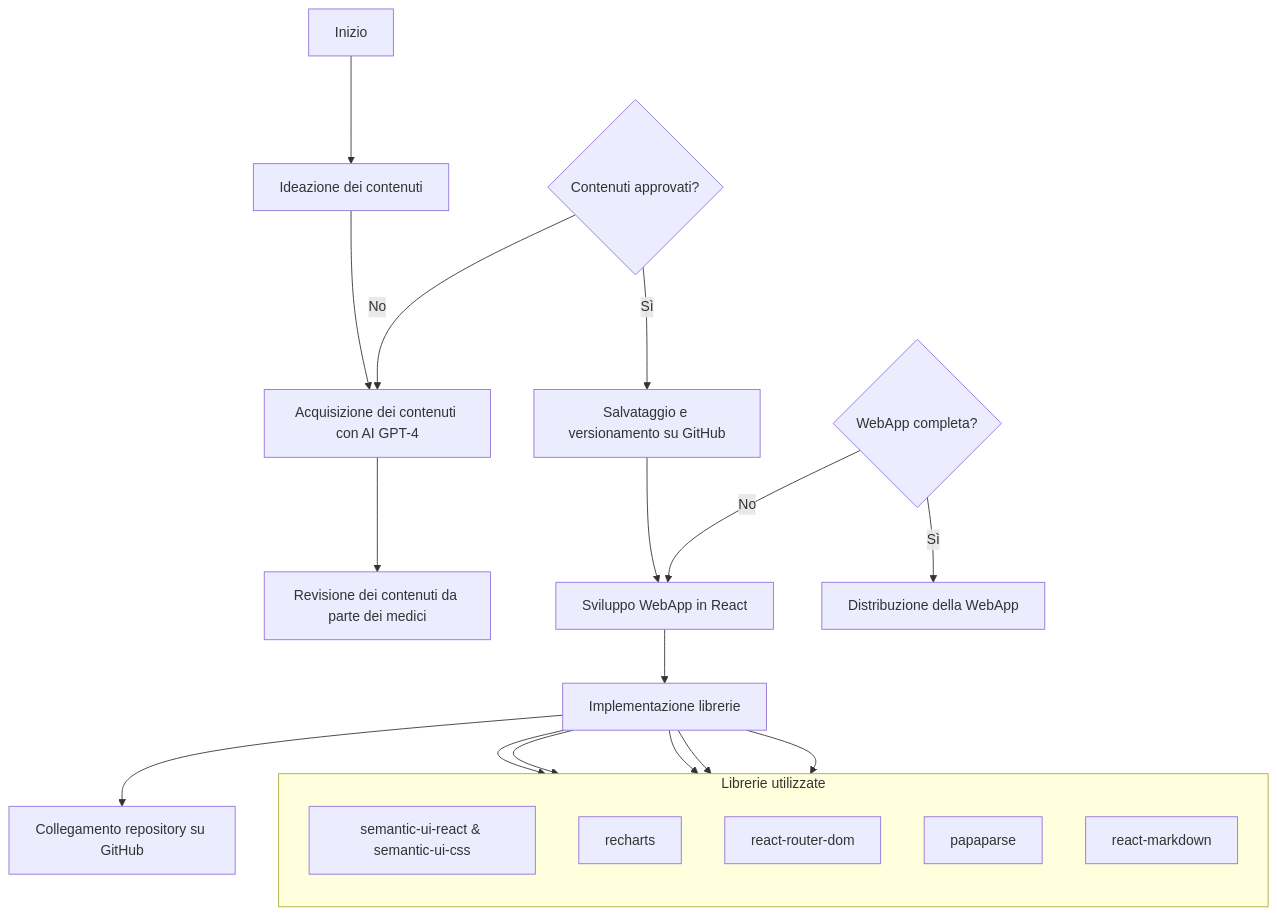
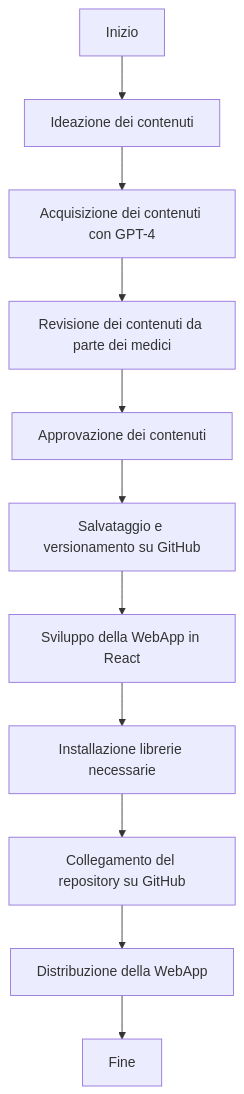
Before and after one commit to mauritiuss/health-dashboard: the first of 3 diagrams in relazione esame/RelazioneProgettoEsame.md, drawn with Mermaid.

Commit message:
aggiornamento struttura relazione esame

````diff
--- a/relazione esame/RelazioneProgettoEsame.md
+++ b/relazione esame/RelazioneProgettoEsame.md
@@ -130,33 +130,13 @@
 ```mermaid
 graph TD
     A[Inizio] --> B[Ideazione dei contenuti]
-    B --> C[Acquisizione dei contenuti con AI GPT-4]
+    B --> C[Acquisizione dei contenuti con GPT-4]
     C --> D[Revisione dei contenuti da parte dei medici]
-    
-    E{Contenuti approvati?}
-    E -->|Sì| F[Salvataggio e versionamento su GitHub]
-    E -->|No| C
-
-    F --> G[Sviluppo WebApp in React]
-    G --> H[Implementazione librerie]
-    H --> I[Collegamento repository su GitHub]
-
-    J{WebApp completa?}
-    J -->|Sì| K[Distribuzione della WebApp]
-    J -->|No| G
-
-    %% Sottofasi di "Implementazione librerie"
-    subgraph Librerie utilizzate
-        direction TB
-        H1[semantic-ui-react & semantic-ui-css]
-        H2[recharts]
-        H3[react-router-dom]
-        H4[papaparse]
-        H5[react-markdown]
-    end
-    H --> H1
-    H --> H2
-    H --> H3
-    H --> H4
-    H --> H5
+    D --> E[Approvazione dei contenuti]
+    E --> F[Salvataggio e versionamento su GitHub]
+    F --> G[Sviluppo della WebApp in React]
+    G --> H[Installazione librerie necessarie]
+    H --> I[Collegamento del repository su GitHub]
+    I --> J[Distribuzione della WebApp]
+    J --> K[Fine]
 ```
````
